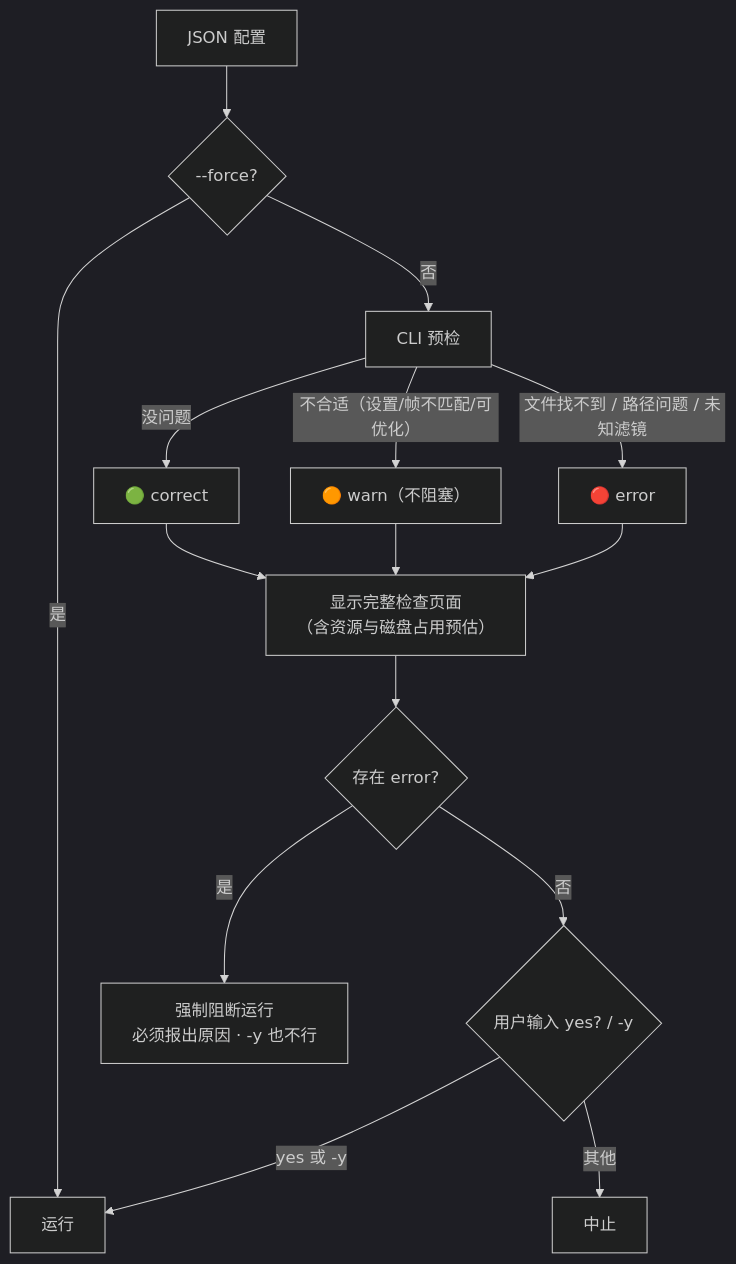
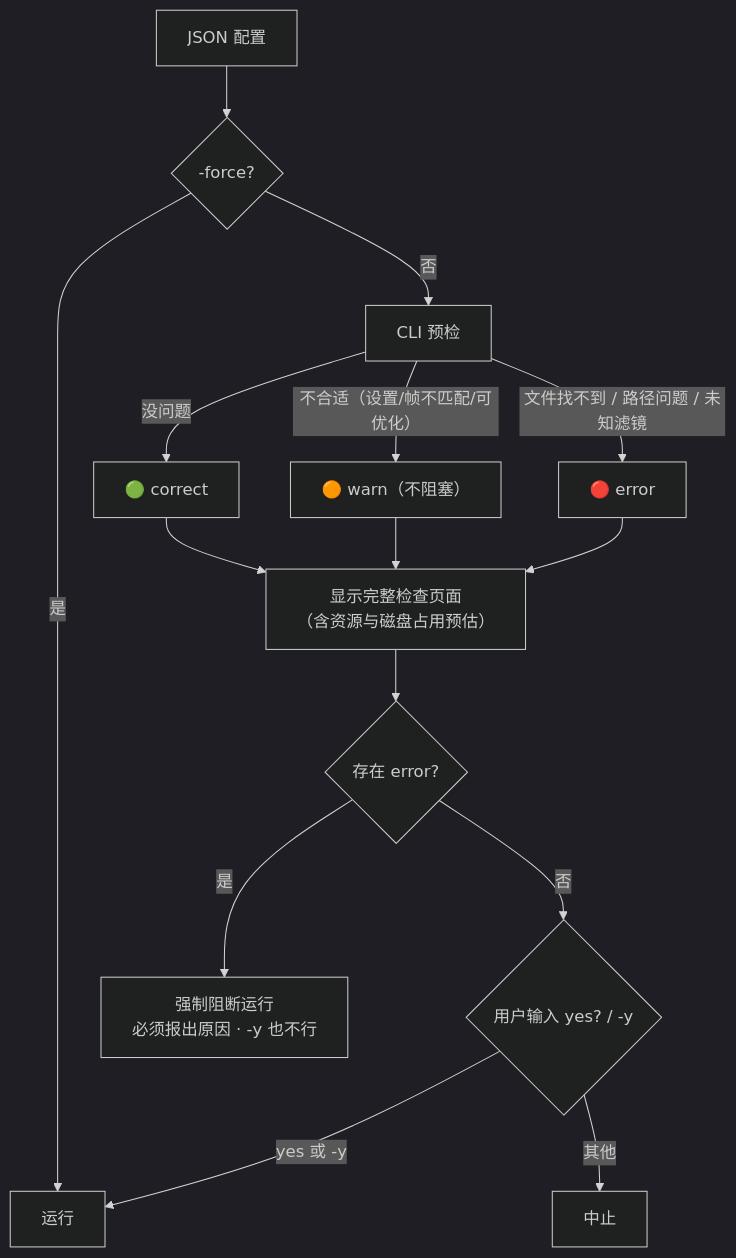
One commit to fujiaze/Astro-CS-Database changed the fourth of 12 diagrams in ASTROCS_DESIGN.md. Above: the diagram before and after it, drawn with Mermaid (dark theme). The commit also changed other lines of this file and 1 other file, not shown here.

First line of the commit message:
docs(design): 统一预检强制开关拼写为 -force（与 parser 实际注册一致）

````diff
--- a/ASTROCS_DESIGN.md
+++ b/ASTROCS_DESIGN.md
@@ -175,15 +175,15 @@
 ```mermaid
 flowchart TD
-    J["JSON 配置"] --> FORCE{"--force?"}
+    J["JSON 配置"] --> FORCE{"-force?"}
     FORCE -->|是| RUN
     FORCE -->|否| CHK["CLI 预检"]
     CHK -->|没问题| G["🟢 correct"]
     CHK -->|不合适（设置/帧不匹配/可优化）| O["🟠 warn（不阻塞）"]
     CHK -->|文件找不到 / 路径问题 / 未知滤镜| R["🔴 error"]
     G & O & R --> PAGE["显示完整检查页面<br/>（含资源与磁盘占用预估）"]
     PAGE --> YES{"存在 error?"}
     YES -->|是| BLOCK["强制阻断运行<br/>必须报出原因 · -y 也不行"]
     YES -->|否| CONFIRM{"用户输入 yes? / -y"}
     CONFIRM -->|yes 或 -y| RUN["运行"]
     CONFIRM -->|其他| ABORT["中止"]
 ```
````
